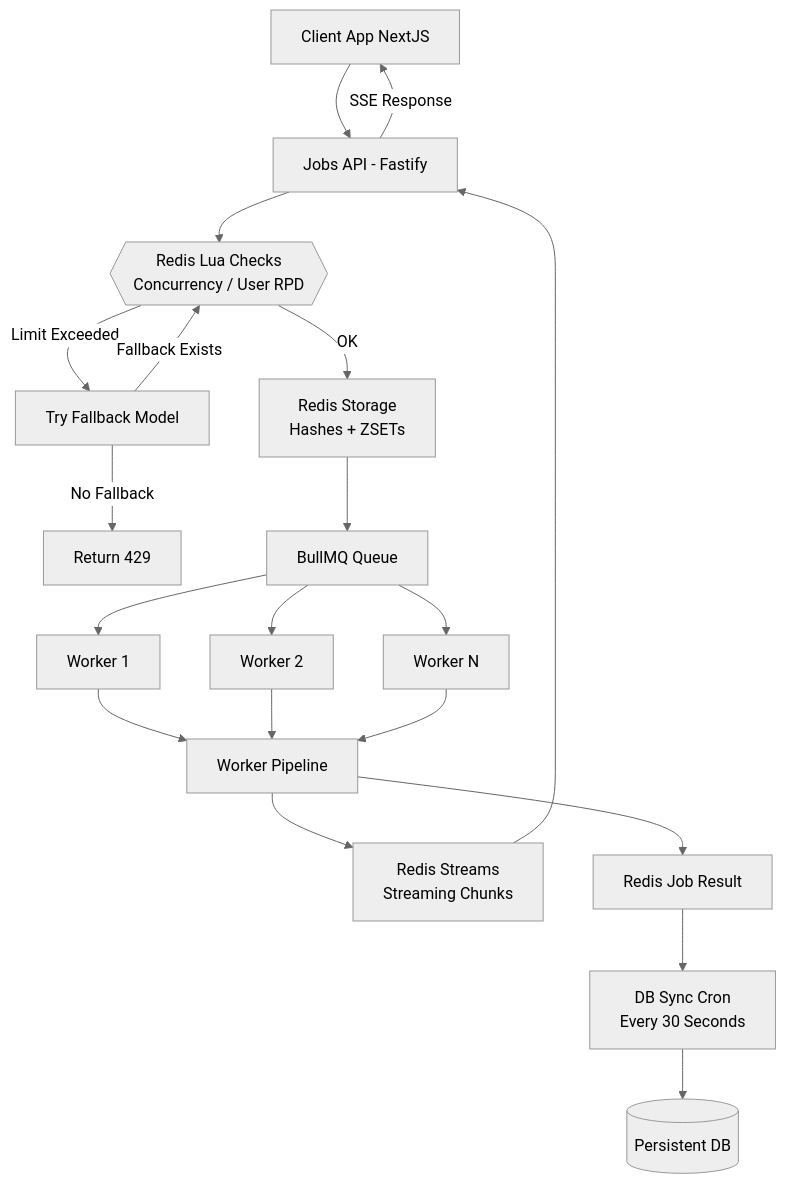
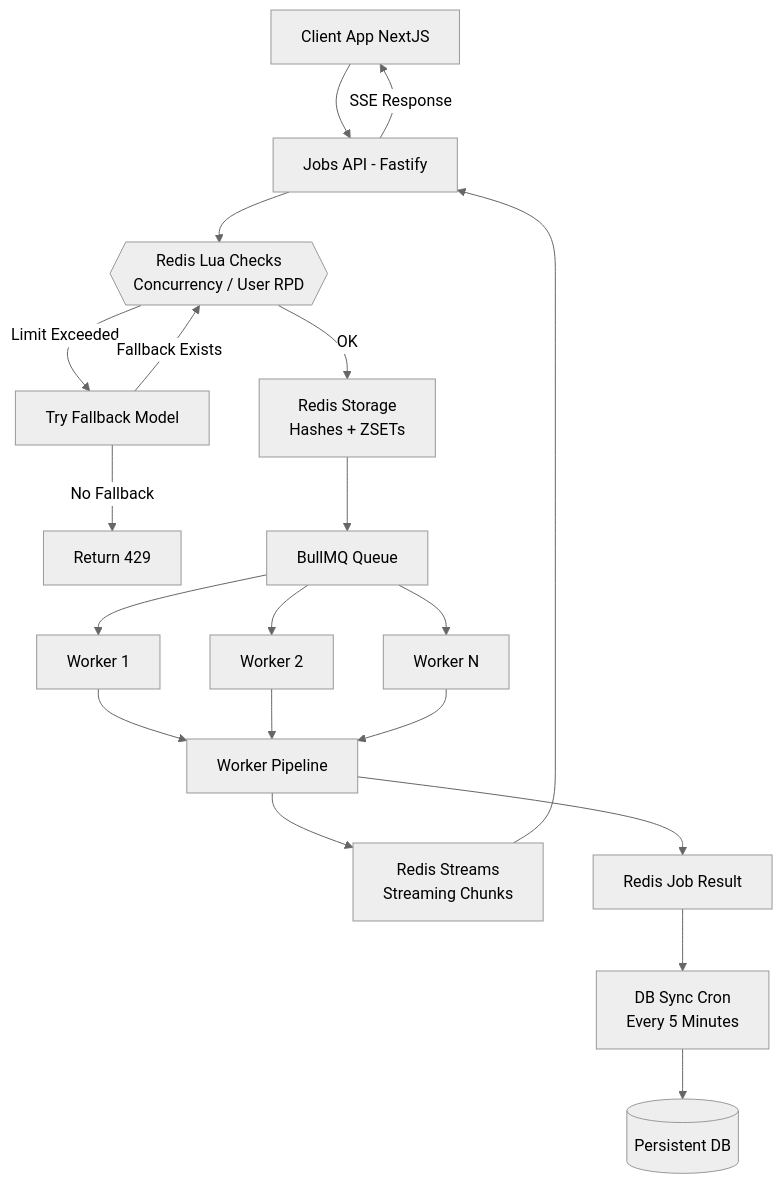
Before and after one commit to DmitriyMuliak/z1mak-cv-queue: the first of 3 diagrams in docs/Architecture.md, drawn with Mermaid (neutral theme). The commit also changed other lines of this file and 1 other file, not shown here.

````diff
--- a/docs/Architecture.md
+++ b/docs/Architecture.md
@@ -29,22 +29,22 @@
 ```mermaid
 flowchart TD
     A[Client App NextJS] --> B[Jobs API - Fastify]
     B --> C{{Redis Lua Checks\nConcurrency / User RPD}}
     C -->|OK| R1[Redis Storage\nHashes + ZSETs]
     C -->|Limit Exceeded| F1[Try Fallback Model]
     F1 -->|Fallback Exists| C
     F1 -->|No Fallback| Z1[Return 429]
     R1 --> Q[BullMQ Queue]
     Q --> W1[Worker 1]
     Q --> W2[Worker 2]
     Q --> W3[Worker N]
     W1 --> P[Worker Pipeline]
     W2 --> P
     W3 --> P
     P --> STREAM[Redis Streams\nStreaming Chunks]
     STREAM --> B
     B -->|SSE Response| A
     P --> R2[Redis Job Result]
-    R2 --> CRON[DB Sync Cron\nEvery 30 Seconds]
+    R2 --> CRON[DB Sync Cron\nEvery 5 Minutes]
     CRON --> DB[(Persistent DB)]
 ```
````
